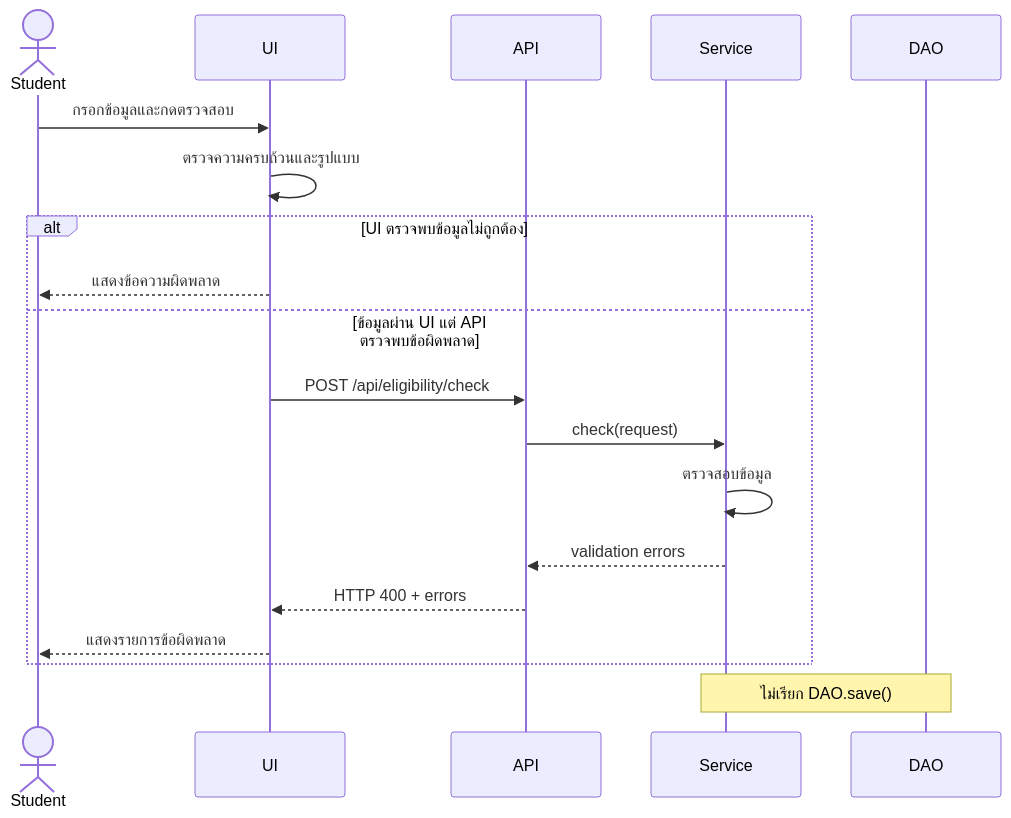
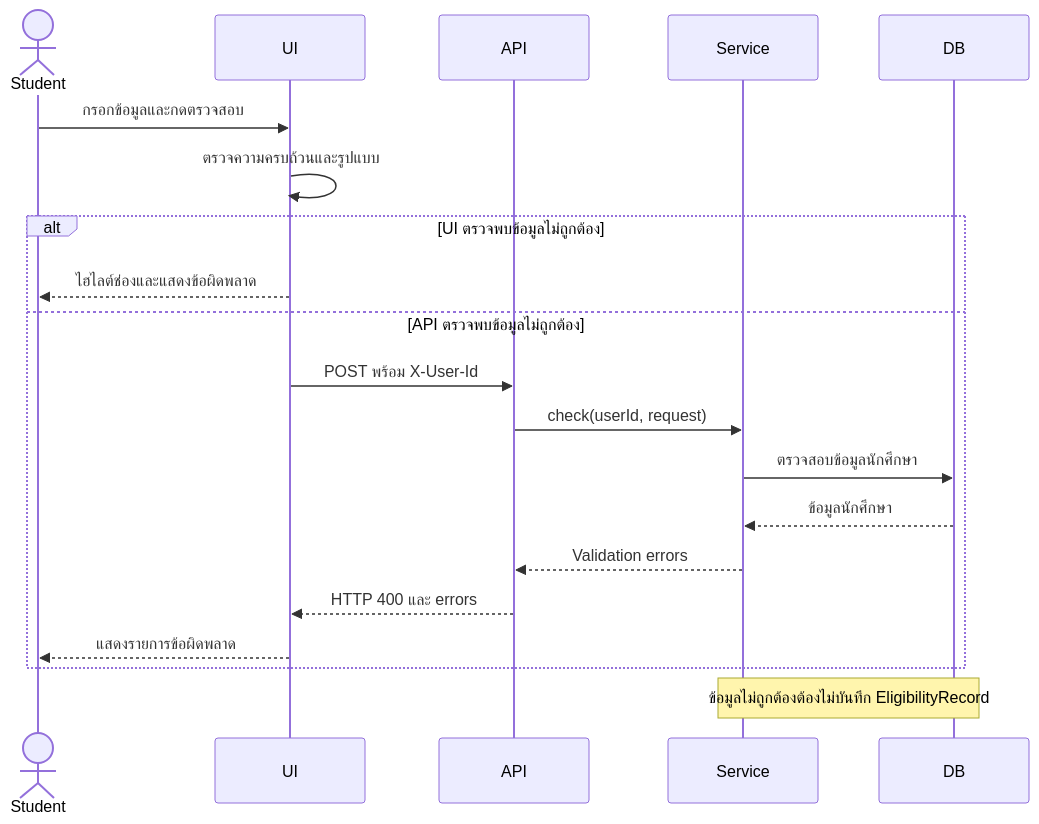
The second of 2 diagrams in .doc/UserStory/U2/T15-system-test-cases.md (Pe3pro/CS261-Group9), drawn with Mermaid before and after one commit. The commit also changed other lines of this file and 20 other files, not shown here.

````diff
--- a/.doc/UserStory/U2/T15-system-test-cases.md
+++ b/.doc/UserStory/U2/T15-system-test-cases.md
@@ -72,24 +93,25 @@
 ```mermaid
 sequenceDiagram
     actor Student
     participant UI
     participant API
     participant Service
-    participant DAO
+    participant DB
 
     Student->>UI: กรอกข้อมูลและกดตรวจสอบ
     UI->>UI: ตรวจความครบถ้วนและรูปแบบ
 
     alt UI ตรวจพบข้อมูลไม่ถูกต้อง
-        UI-->>Student: แสดงข้อความผิดพลาด
-    else ข้อมูลผ่าน UI แต่ API ตรวจพบข้อผิดพลาด
-        UI->>API: POST /api/eligibility/check
-        API->>Service: check(request)
-        Service->>Service: ตรวจสอบข้อมูล
-        Service-->>API: validation errors
-        API-->>UI: HTTP 400 + errors
+        UI-->>Student: ไฮไลต์ช่องและแสดงข้อผิดพลาด
+    else API ตรวจพบข้อมูลไม่ถูกต้อง
+        UI->>API: POST พร้อม X-User-Id
+        API->>Service: check(userId, request)
+        Service->>DB: ตรวจสอบข้อมูลนักศึกษา
+        DB-->>Service: ข้อมูลนักศึกษา
+        Service-->>API: Validation errors
+        API-->>UI: HTTP 400 และ errors
         UI-->>Student: แสดงรายการข้อผิดพลาด
     end
 
-    Note over Service,DAO: ไม่เรียก DAO.save()
+    Note over Service,DB: ข้อมูลไม่ถูกต้องต้องไม่บันทึก EligibilityRecord
 ```
````
